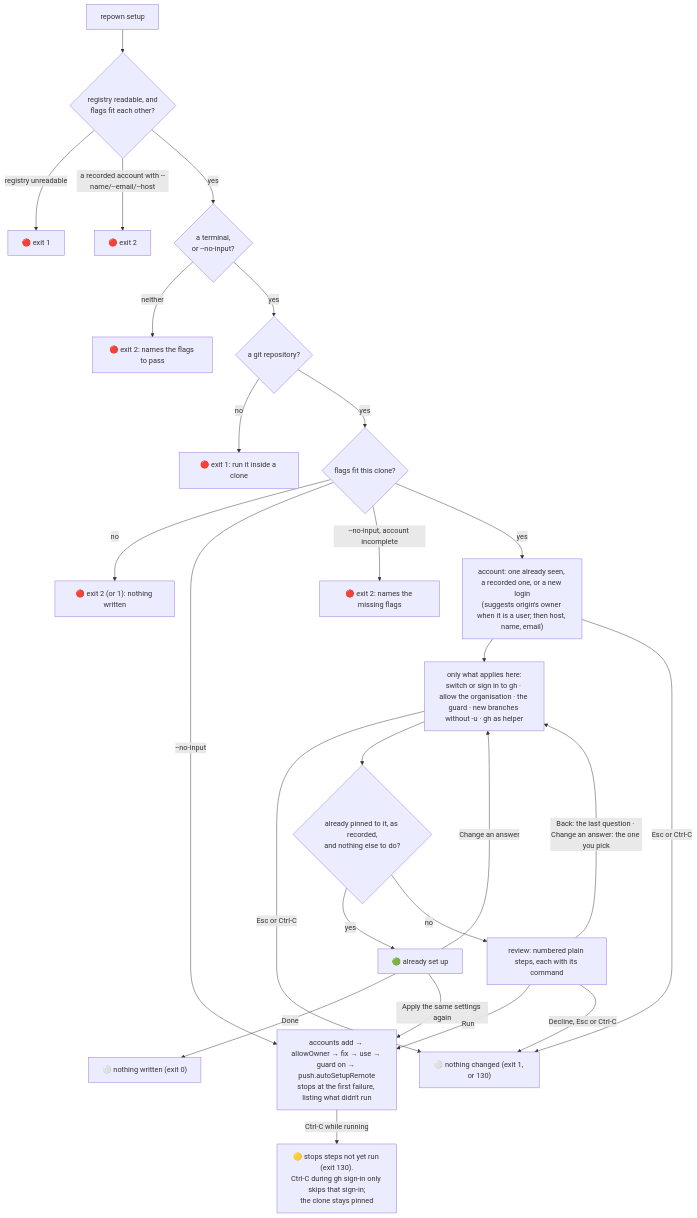
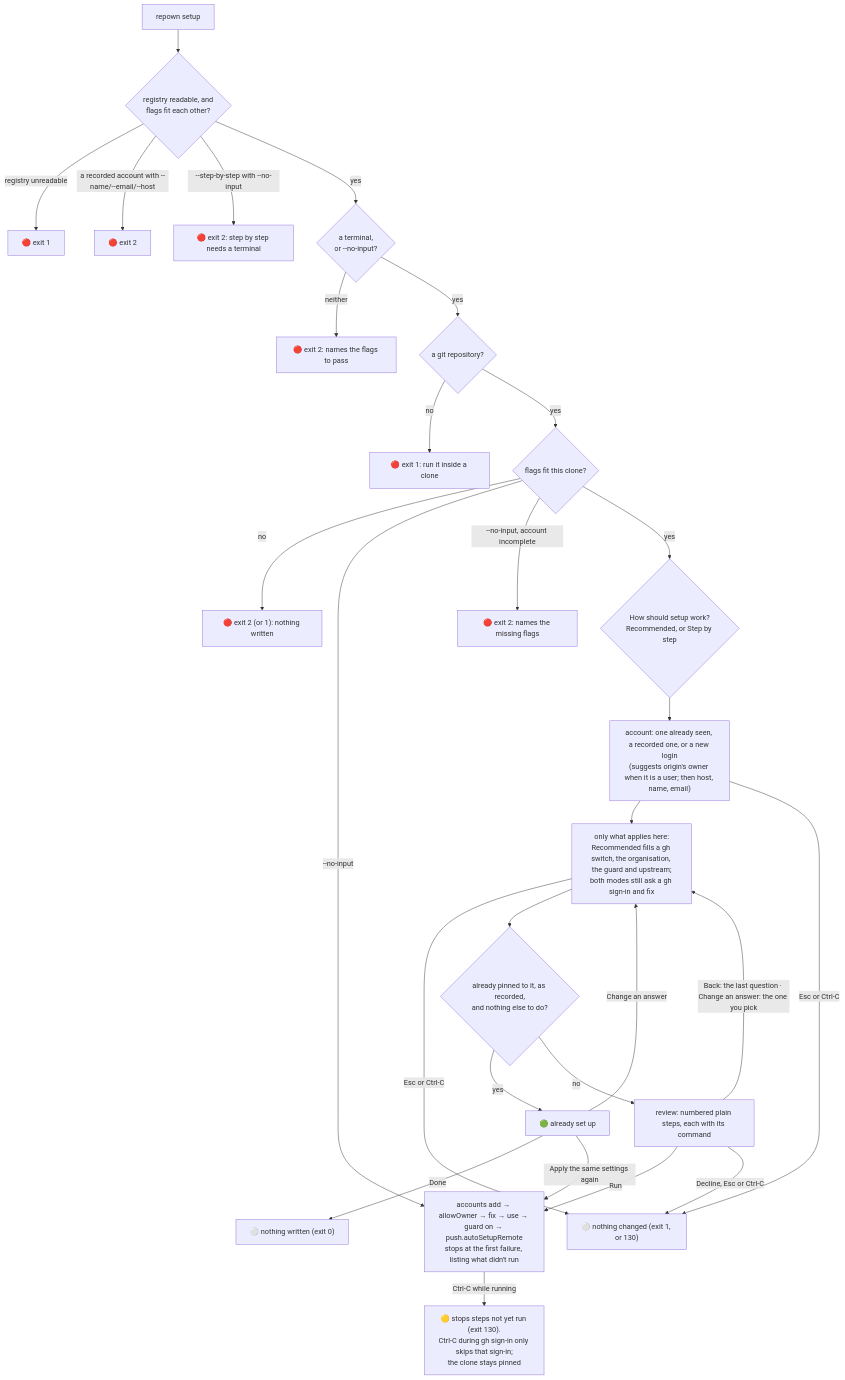
The ninth of 9 diagrams in docs/HOW-IT-WORKS.md (makubexD/repown), drawn with Mermaid before and after one commit. The commit also changed other lines of this file and 12 other files, not shown here.

First line of the commit message:
Ask how setup should work: Recommended, or step by step

````diff
--- a/docs/HOW-IT-WORKS.md
+++ b/docs/HOW-IT-WORKS.md
@@ -555,28 +560,30 @@
 ```mermaid
 flowchart TD
   S[repown setup] --> G{"registry readable, and<br/>flags fit each other?"}
   G -->|registry unreadable| X0["🔴 exit 1"]
   G -->|a recorded account with --name/--email/--host| X4["🔴 exit 2"]
+  G -->|--step-by-step with --no-input| X6["🔴 exit 2: step by step needs a terminal"]
   G -->|yes| T{"a terminal,<br/>or --no-input?"}
   T -->|neither| X2["🔴 exit 2: names the flags to pass"]
   T -->|yes| R{"a git repository?"}
   R -->|no| X1["🔴 exit 1: run it inside a clone"]
   R -->|yes| F{"flags fit this clone?"}
   F -->|no| X3["🔴 exit 2 (or 1): nothing written"]
   F -->|--no-input| C
   F -->|--no-input, account incomplete| X5["🔴 exit 2: names the missing flags"]
-  F -->|yes| A["account: one already seen, a recorded one, or a new login<br/>(suggests origin's owner when it is a user; then host, name, email)"]
-  A --> Q["only what applies here:<br/>switch or sign in to gh · allow the organisation · the guard · new branches without -u · gh as helper"]
+  F -->|yes| M{"How should setup work?<br/>Recommended, or Step by step"}
+  M --> A["account: one already seen, a recorded one, or a new login<br/>(suggests origin's owner when it is a user; then host, name, email)"]
+  A --> Q["only what applies here:<br/>Recommended fills a gh switch, the organisation, the guard and upstream;<br/>both modes still ask a gh sign-in and fix"]
   A -->|Esc or Ctrl-C| N
   Q -->|Esc or Ctrl-C| N
   Q --> K{"already pinned to it, as recorded,<br/>and nothing else to do?"}
   K -->|yes| D["🟢 already set up"]
   D -->|Done| DN["⚪ nothing written (exit 0)"]
   D -->|Apply the same settings again| C
   D -->|Change an answer| Q
   K -->|no| V["review: numbered plain steps, each with its command"]
   V -->|Run| C["accounts add → allowOwner → fix → use → guard on → push.autoSetupRemote<br/>stops at the first failure, listing what didn't run"]
   V -->|"Back: the last question · Change an answer: the one you pick"| Q
   V -->|Decline, Esc or Ctrl-C| N["⚪ nothing changed (exit 1, or 130)"]
   C -->|Ctrl-C while running| I["🟡 stops steps not yet run (exit 130).<br/>Ctrl-C during gh sign-in only skips that sign-in;<br/>the clone stays pinned"]
 ```
````
